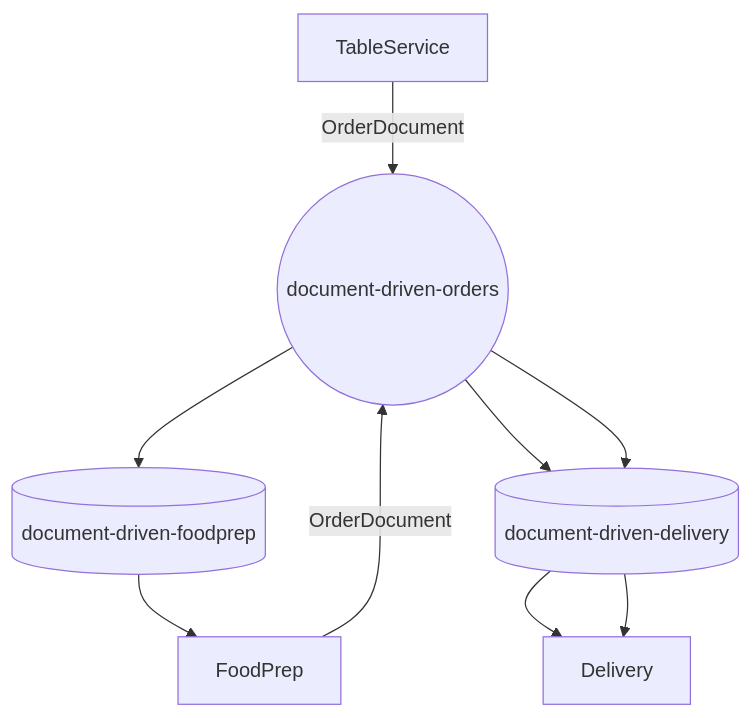
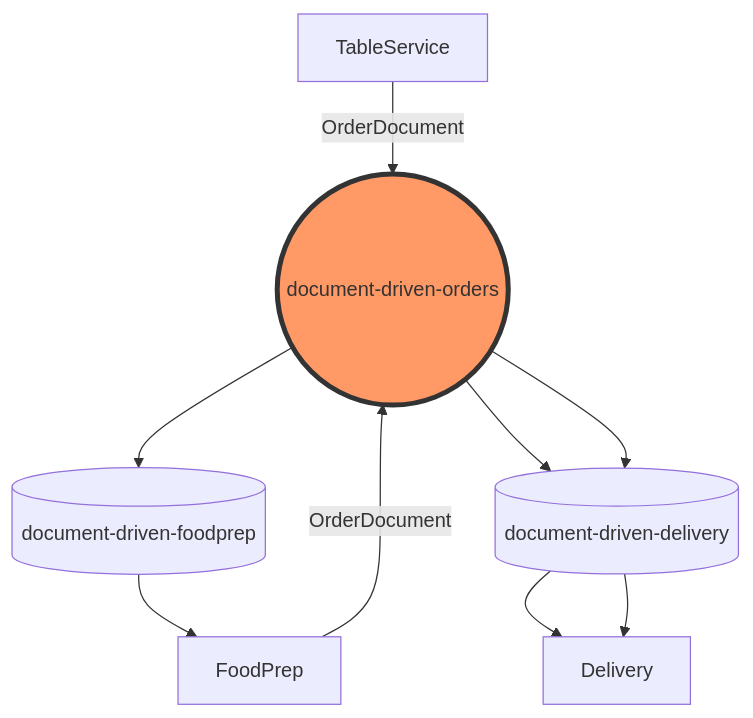
One commit to Nagelfar/MessageSample changed the third of 3 diagrams in Readme.md. Above: the diagram before and after it, drawn with Mermaid. The commit also changed other lines of this file, not shown here.

````diff
--- a/Readme.md
+++ b/Readme.md
@@ -24,7 +28,9 @@
 ```mermaid
 graph TD
     A[TableService] -->|OrderDocument| to((document-driven-orders))
     to --> qfp[(document-driven-foodprep)] --> F[FoodPrep]
     to --> qd[(document-driven-delivery)]  --> D[Delivery]
     F --> |OrderDocument| to --> qd --> D
+    classDef exchange fill:#f96,stroke:#333,stroke-width:4px;
+    class to exchange
 ``` 
````
